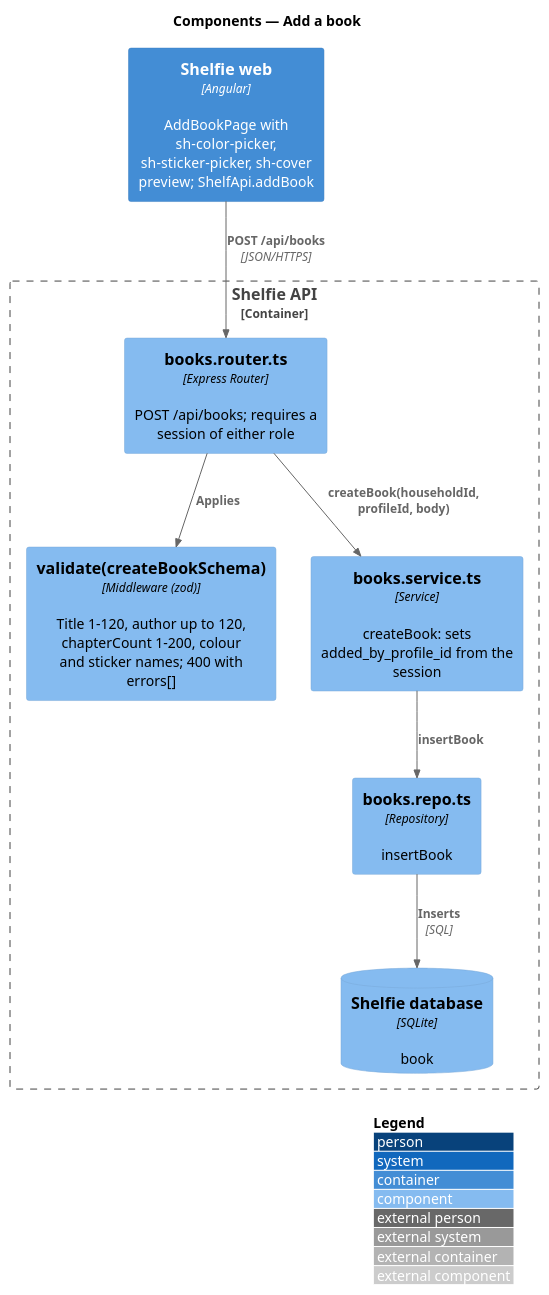
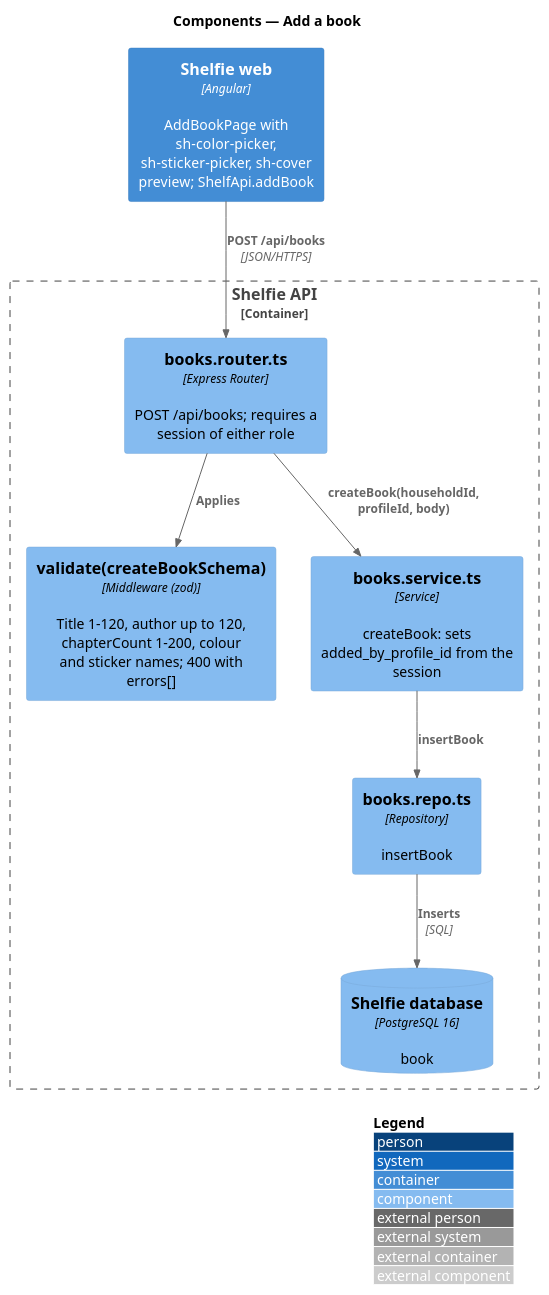
The diagram in docs/detailed-designs/books/add-book/diagrams/c4-component.puml (QuinntyneBrown/shelfie), drawn with PlantUML before and after one commit. The commit also changed 222 other files, not shown here.

First line of the commit message:
Require a managed PostgreSQL database and data protection for a public Shelfie

```diff
--- a/docs/detailed-designs/books/add-book/diagrams/c4-component.puml
+++ b/docs/detailed-designs/books/add-book/diagrams/c4-component.puml
@@ -1,19 +1,19 @@
 @startuml
 !include <C4/C4_Component>
 LAYOUT_WITH_LEGEND()
 title Components — Add a book
 
 Container(web, "Shelfie web", "Angular", "AddBookPage with sh-color-picker, sh-sticker-picker, sh-cover preview; ShelfApi.addBook")
 Container_Boundary(api, "Shelfie API") {
   Component(router, "books.router.ts", "Express Router", "POST /api/books; requires a session of either role")
   Component(validate, "validate(createBookSchema)", "Middleware (zod)", "Title 1-120, author up to 120, chapterCount 1-200, colour and sticker names; 400 with errors[]")
   Component(service, "books.service.ts", "Service", "createBook: sets added_by_profile_id from the session")
   Component(repo, "books.repo.ts", "Repository", "insertBook")
-  ComponentDb(db, "Shelfie database", "SQLite", "book")
+  ComponentDb(db, "Shelfie database", "PostgreSQL 16", "book")
 }
 Rel(web, router, "POST /api/books", "JSON/HTTPS")
 Rel(router, validate, "Applies")
 Rel(router, service, "createBook(householdId, profileId, body)")
 Rel(service, repo, "insertBook")
 Rel(repo, db, "Inserts", "SQL")
 @enduml
```
